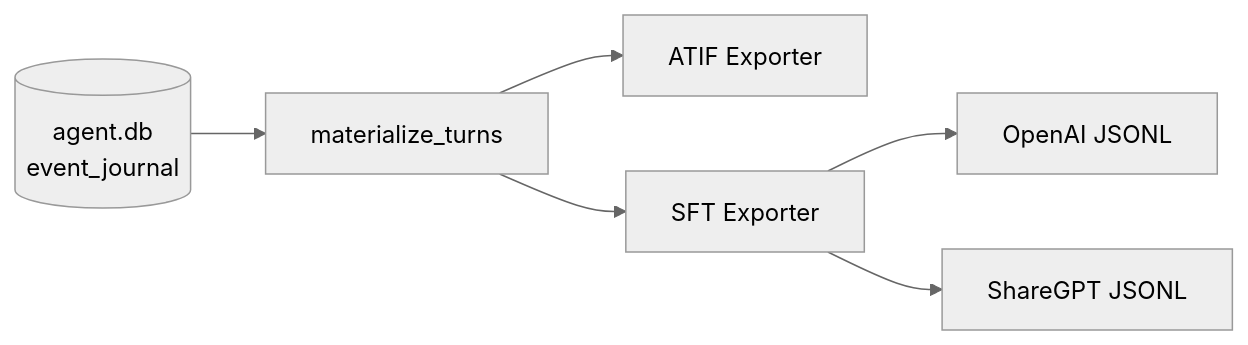
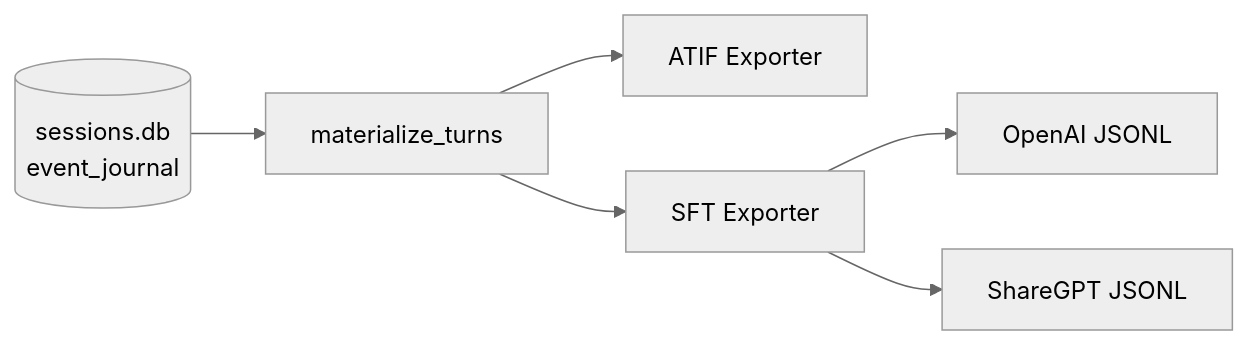
One commit to querymt/querymt changed the diagram in docs/docs/agent/export.md. Above: the diagram before and after it, drawn with Mermaid (neutral theme). The commit also changed other lines of this file and 4 other files, not shown here.

````diff
--- a/docs/docs/agent/export.md
+++ b/docs/docs/agent/export.md
@@ -26,8 +26,8 @@
 ```mermaid
 graph LR
-    DB[(agent.db<br/>event_journal)] --> MT[materialize_turns]
+    DB[(sessions.db<br/>event_journal)] --> MT[materialize_turns]
     MT --> ATIF[ATIF Exporter]
     MT --> SFT[SFT Exporter]
     SFT --> OAI[OpenAI JSONL]
     SFT --> SGT[ShareGPT JSONL]
 ```
````
